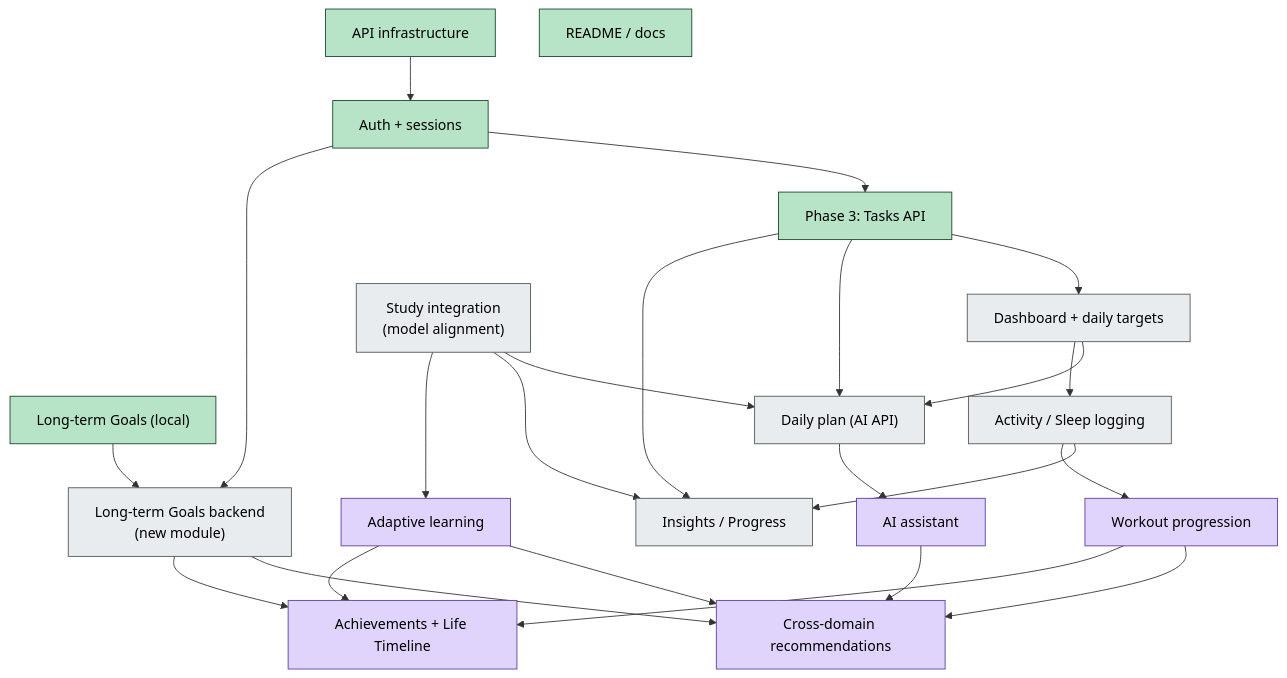
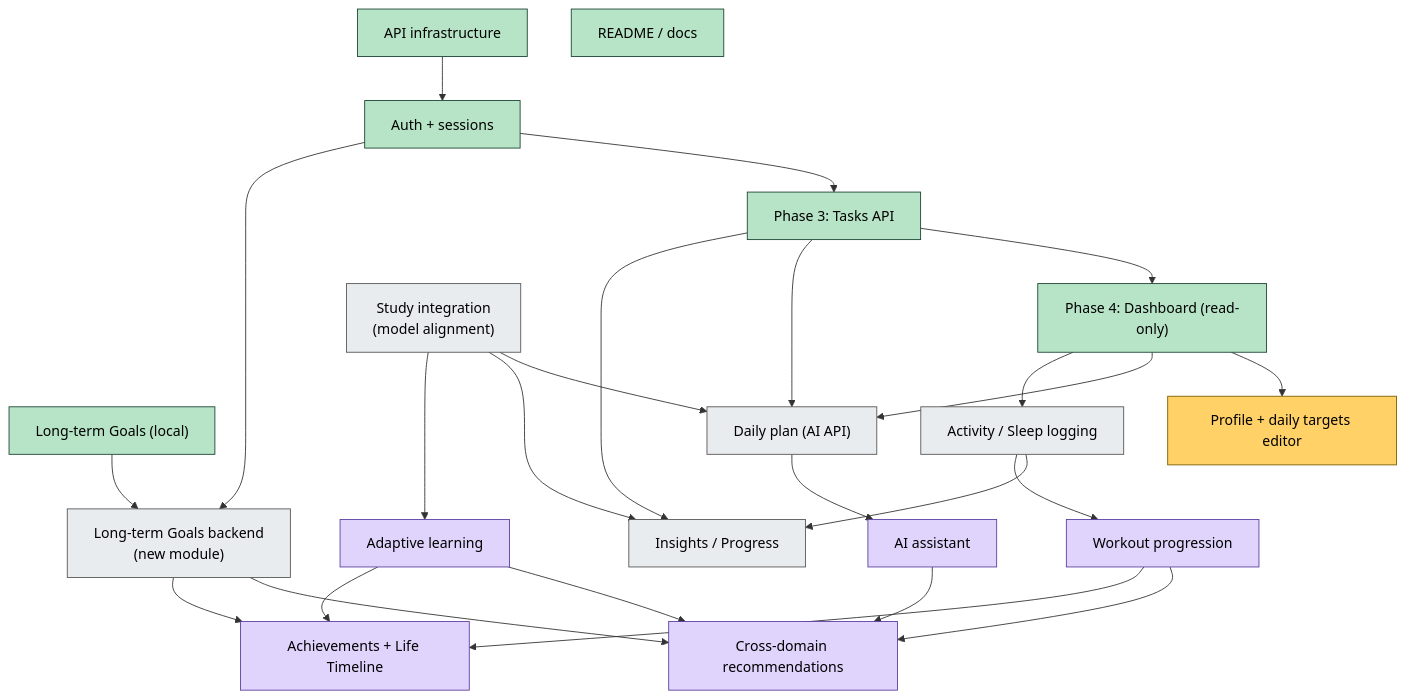
Before and after one commit to Gaoher-1207/omnia: the diagram in docs/omnia-vault/Roadmap/Roadmap.md, drawn with Mermaid. The commit also changed other lines of this file and 33 other files, not shown here.

````diff
--- a/docs/omnia-vault/Roadmap/Roadmap.md
+++ b/docs/omnia-vault/Roadmap/Roadmap.md
@@ -23,46 +24,48 @@
 ```mermaid
 flowchart TD
     classDef done fill:#b7e4c7,stroke:#1b4332,color:#000
     classDef next fill:#ffd166,stroke:#7a5c00,color:#000
     classDef later fill:#e9ecef,stroke:#555,color:#000
     classDef vision fill:#e0d4fd,stroke:#5a3fa0,color:#000
 
     G["Long-term Goals (local)"]:::done
     INF["API infrastructure"]:::done
     AUTH["Auth + sessions"]:::done
     DOC["README / docs"]:::done
     T["Phase 3: Tasks API"]:::done
-    DASH["Dashboard + daily targets"]:::later
+    DASH["Phase 4: Dashboard (read-only)"]:::done
+    TGT["Profile + daily targets editor"]:::next
     PLAN["Daily plan (AI API)"]:::later
     STUDY["Study integration<br/>(model alignment)"]:::later
     TRACK["Activity / Sleep logging"]:::later
     INS["Insights / Progress"]:::later
     GB["Long-term Goals backend<br/>(new module)"]:::later
     AL["Adaptive learning"]:::vision
     FIT["Workout progression"]:::vision
     AIA["AI assistant"]:::vision
     XD["Cross-domain recommendations"]:::vision
     ACH["Achievements + Life Timeline"]:::vision
 
     INF --> AUTH --> T
     T --> DASH
+    DASH --> TGT
     DASH --> PLAN
     T --> PLAN
     STUDY --> PLAN
     DASH --> TRACK
     TRACK --> INS
     T --> INS
     STUDY --> INS
     AUTH --> GB
     G --> GB
     STUDY --> AL
     TRACK --> FIT
     PLAN --> AIA
     AL --> XD
     FIT --> XD
     GB --> XD
     AIA --> XD
     GB --> ACH
     FIT --> ACH
     AL --> ACH
 ```
````
